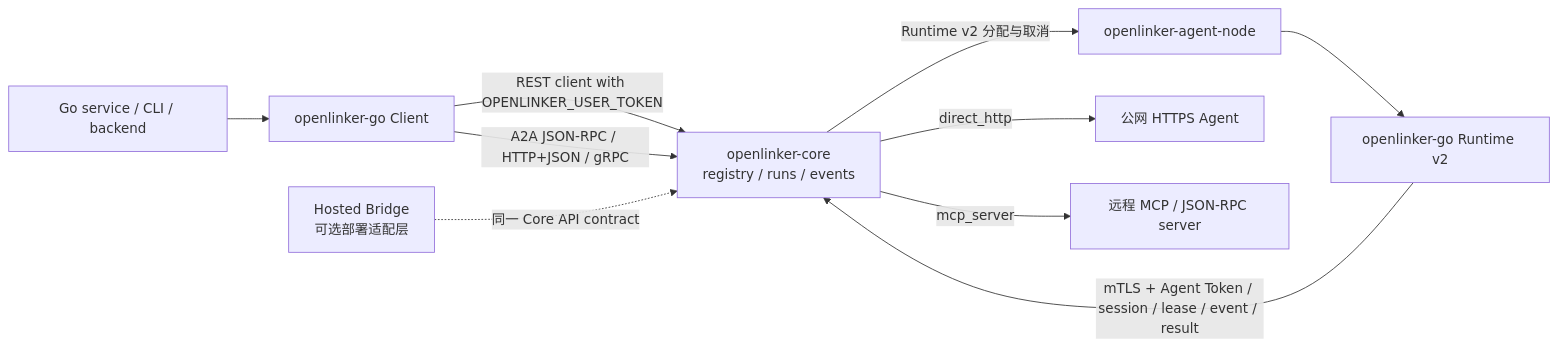
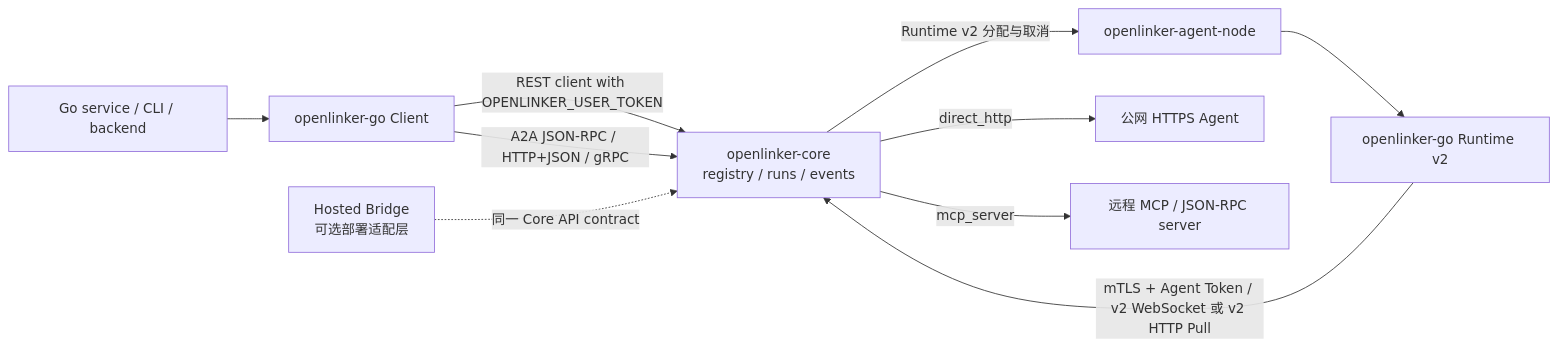
The diagram in README.zh-CN.md (OpenLinker-ai/openlinker-go), drawn with Mermaid before and after one commit. The commit also changed other lines of this file and 7 other files, not shown here.

Commit message:
feat(runtime): restore strict v2 WebSocket transport

````diff
--- a/README.zh-CN.md
+++ b/README.zh-CN.md
@@ -23,14 +23,14 @@
 ```mermaid
 flowchart LR
   Service["Go service / CLI / backend"] --> ClientSDK["openlinker-go Client"]
   ClientSDK -->|"REST client with OPENLINKER_USER_TOKEN"| Core["openlinker-core<br/>registry / runs / events"]
   ClientSDK -->|"A2A JSON-RPC / HTTP+JSON / gRPC"| Core
   AgentNode["openlinker-agent-node"] --> RuntimeSDK["openlinker-go Runtime v2"]
-  RuntimeSDK -->|"mTLS + Agent Token / session / lease / event / result"| Core
+  RuntimeSDK -->|"mTLS + Agent Token / v2 WebSocket 或 v2 HTTP Pull"| Core
 
   HostedBridge["Hosted Bridge<br/>可选部署适配层"] -.->|"同一 Core API contract"| Core
 
   Core -->|"direct_http"| HTTPAgent["公网 HTTPS Agent"]
   Core -->|"mcp_server"| MCPAgent["远程 MCP / JSON-RPC server"]
   Core -->|"Runtime v2 分配与取消"| AgentNode
 ```
````
